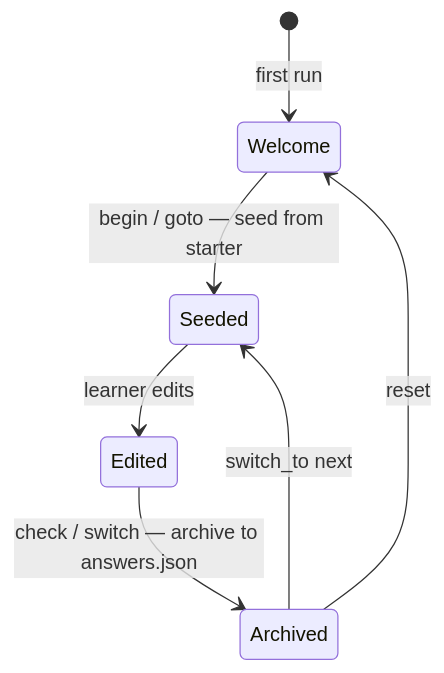
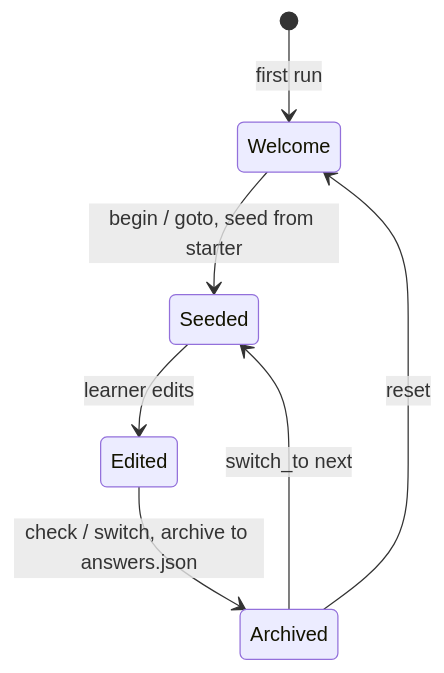
The seventh of 9 diagrams in docs/architecture/engine-core.md (N041M/PyQuest), drawn with Mermaid before and after one commit. The commit also changed other lines of this file and 10 other files, not shown here.

````diff
--- a/docs/architecture/engine-core.md
+++ b/docs/architecture/engine-core.md
@@ -164,9 +164,9 @@
 ```mermaid
 stateDiagram-v2
     [*] --> Welcome : first run
-    Welcome --> Seeded : begin / goto — seed from starter
+    Welcome --> Seeded : begin / goto, seed from starter
     Seeded --> Edited : learner edits
-    Edited --> Archived : check / switch — archive to answers.json
+    Edited --> Archived : check / switch, archive to answers.json
     Archived --> Seeded : switch_to next
     Archived --> Welcome : reset
 ```
````
